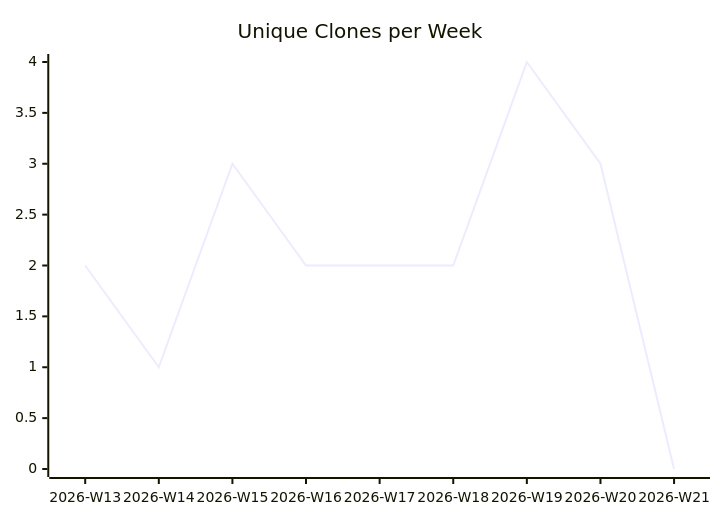
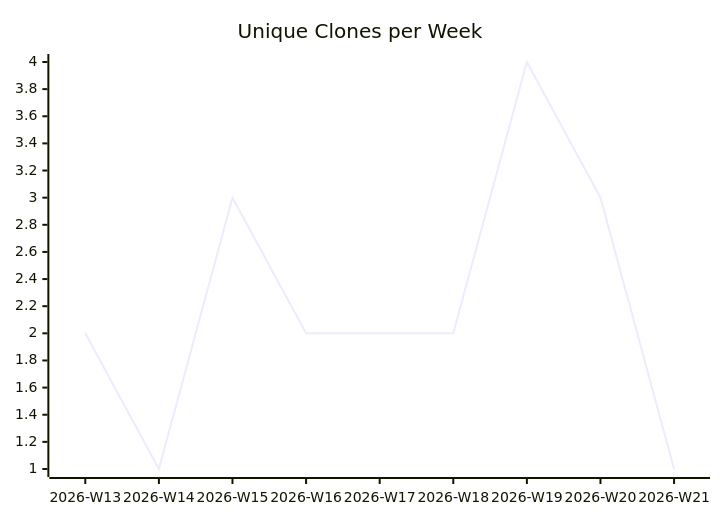
The third of 3 diagrams in karlmdavis/kobjects/README.md (justdavis-family/github-analytics-data), drawn with Mermaid before and after one commit. The commit also changed other lines of this file and 189 other files, not shown here.

````diff
--- a/karlmdavis/kobjects/README.md
+++ b/karlmdavis/kobjects/README.md
@@ -19,6 +19,6 @@
 ```mermaid
 xychart-beta
   title "Unique Clones per Week"
   x-axis ["2026-W13", "2026-W14", "2026-W15", "2026-W16", "2026-W17", "2026-W18", "2026-W19", "2026-W20", "2026-W21"]
-  line [2, 1, 3, 2, 2, 2, 4, 3, 0]
+  line [2, 1, 3, 2, 2, 2, 4, 3, 1]
 ```
````
